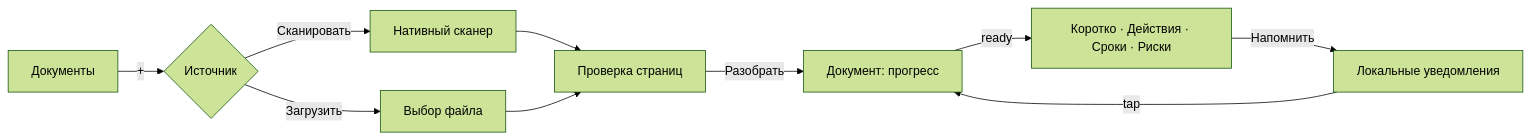
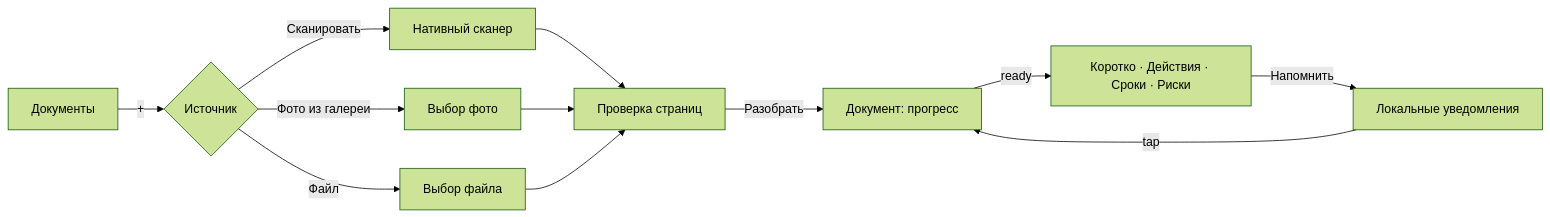
The first of 3 diagrams in docs/SPEC.md (maximstanciu/document-navigator-app), drawn with Mermaid (forest theme) before and after one commit. The commit also changed other lines of this file and 2 other files, not shown here.

````diff
--- a/docs/SPEC.md
+++ b/docs/SPEC.md
@@ -206,12 +219,14 @@
 ```mermaid
 flowchart LR
   Home[Документы] -->|"+"| Source{Источник}
   Source -->|Сканировать| Scanner[Нативный сканер]
-  Source -->|Загрузить| Picker[Выбор файла]
+  Source -->|Фото из галереи| Gallery[Выбор фото]
+  Source -->|Файл| Picker[Выбор файла]
   Scanner --> Review[Проверка страниц]
+  Gallery --> Review
   Picker --> Review
   Review -->|Разобрать| Detail[Документ: прогресс]
   Detail -->|ready| Result[Коротко · Действия · Сроки · Риски]
   Result -->|Напомнить| Notif[Локальные уведомления]
   Notif -->|tap| Detail
 ```
````
